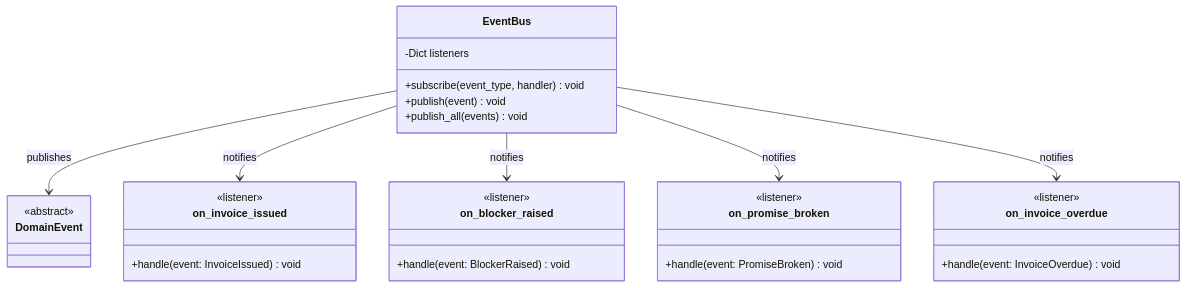
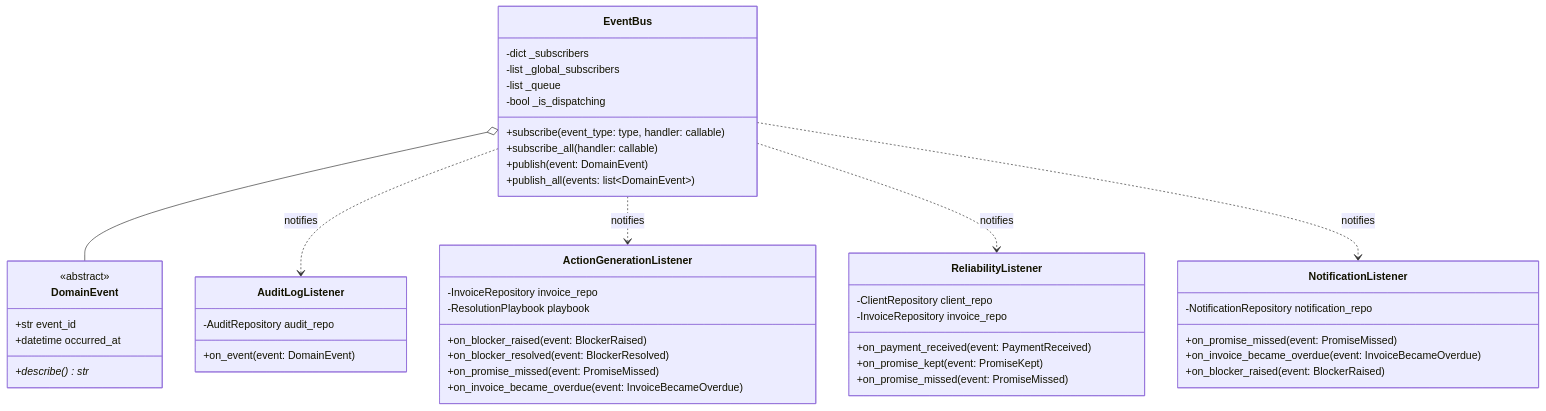
The sixth of 8 diagrams in docs/uml/03-patterns.md (Anupam-hash926/DuePing), drawn with Mermaid before and after one commit. The commit also changed other lines of this file and 18 other files, not shown here.

Commit message:
phase 1: docs and uml match the code

````diff
--- a/docs/uml/03-patterns.md
+++ b/docs/uml/03-patterns.md
@@ -203,39 +304,55 @@
 ```mermaid
 classDiagram
-    class EventBus {
-        -Dict listeners
-        +subscribe(event_type, handler) void
-        +publish(event) void
-        +publish_all(events) void
+    class DomainEvent {
+        <<abstract>>
+        +str event_id
+        +datetime occurred_at
+        +describe()* str
     }
 
-    class DomainEvent {
-        <<abstract>>
+    class EventBus {
+        -dict _subscribers
+        -list _global_subscribers
+        -list _queue
+        -bool _is_dispatching
+        +subscribe(event_type: type, handler: callable)
+        +subscribe_all(handler: callable)
+        +publish(event: DomainEvent)
+        +publish_all(events: list~DomainEvent~)
     }
 
-    class on_invoice_issued {
-        <<listener>>
-        +handle(event: InvoiceIssued) void
+    class AuditLogListener {
+        -AuditRepository audit_repo
+        +on_event(event: DomainEvent)
     }
 
-    class on_blocker_raised {
-        <<listener>>
-        +handle(event: BlockerRaised) void
+    class ActionGenerationListener {
+        -InvoiceRepository invoice_repo
+        -ResolutionPlaybook playbook
+        +on_blocker_raised(event: BlockerRaised)
+        +on_blocker_resolved(event: BlockerResolved)
+        +on_promise_missed(event: PromiseMissed)
+        +on_invoice_became_overdue(event: InvoiceBecameOverdue)
     }
 
-    class on_promise_broken {
-        <<listener>>
-        +handle(event: PromiseBroken) void
+    class ReliabilityListener {
+        -ClientRepository client_repo
+        -InvoiceRepository invoice_repo
+        +on_payment_received(event: PaymentReceived)
+        +on_promise_kept(event: PromiseKept)
+        +on_promise_missed(event: PromiseMissed)
     }
 
-    class on_invoice_overdue {
-        <<listener>>
-        +handle(event: InvoiceOverdue) void
+    class NotificationListener {
+        -NotificationRepository notification_repo
+        +on_promise_missed(event: PromiseMissed)
+        +on_invoice_became_overdue(event: InvoiceBecameOverdue)
+        +on_blocker_raised(event: BlockerRaised)
     }
 
-    EventBus --> DomainEvent : publishes
-    EventBus --> on_invoice_issued : notifies
-    EventBus --> on_blocker_raised : notifies
-    EventBus --> on_promise_broken : notifies
-    EventBus --> on_invoice_overdue : notifies
+    EventBus o-- DomainEvent
+    EventBus ..> AuditLogListener : notifies
+    EventBus ..> ActionGenerationListener : notifies
+    EventBus ..> ReliabilityListener : notifies
+    EventBus ..> NotificationListener : notifies
 ```
````
